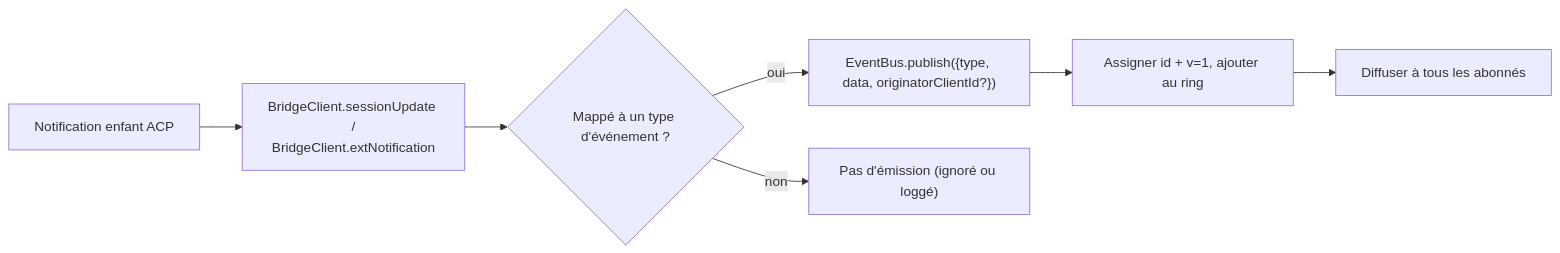
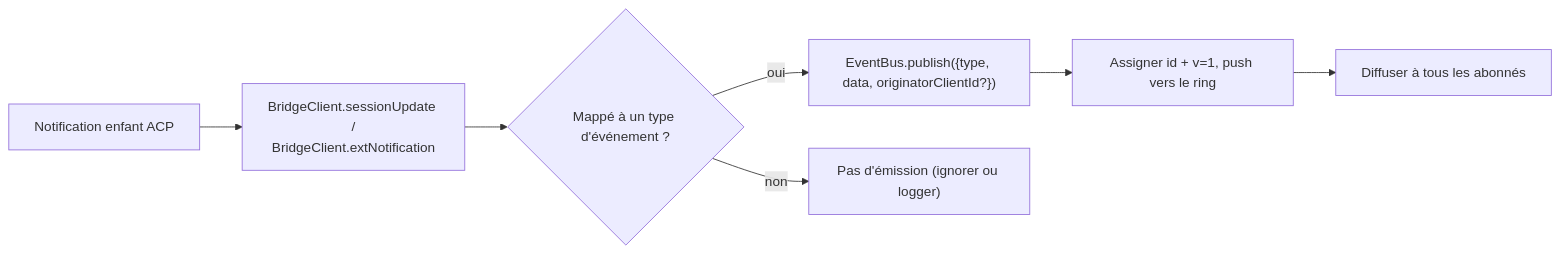
One commit to QwenLM/qwen-code-docs changed the first of 2 diagrams in website/content/fr/developers/daemon/09-event-schema.md. Above: the diagram before and after it, drawn with Mermaid. The commit also changed other lines of this file and 128 other files, not shown here.

````diff
--- a/website/content/fr/developers/daemon/09-event-schema.md
+++ b/website/content/fr/developers/daemon/09-event-schema.md
@@ -181,9 +182,9 @@
 ```mermaid
 flowchart LR
     A["Notification enfant ACP"] --> B["BridgeClient.sessionUpdate /<br/>BridgeClient.extNotification"]
     B --> C{"Mappé à un type d'événement ?"}
     C -->|oui| D["EventBus.publish({type, data, originatorClientId?})"]
-    C -->|non| E["Pas d'émission (ignoré ou loggé)"]
-    D --> F["Assigner id + v=1, ajouter au ring"]
+    C -->|non| E["Pas d'émission (ignorer ou logger)"]
+    D --> F["Assigner id + v=1, push vers le ring"]
     F --> G["Diffuser à tous les abonnés"]
 ```
````
